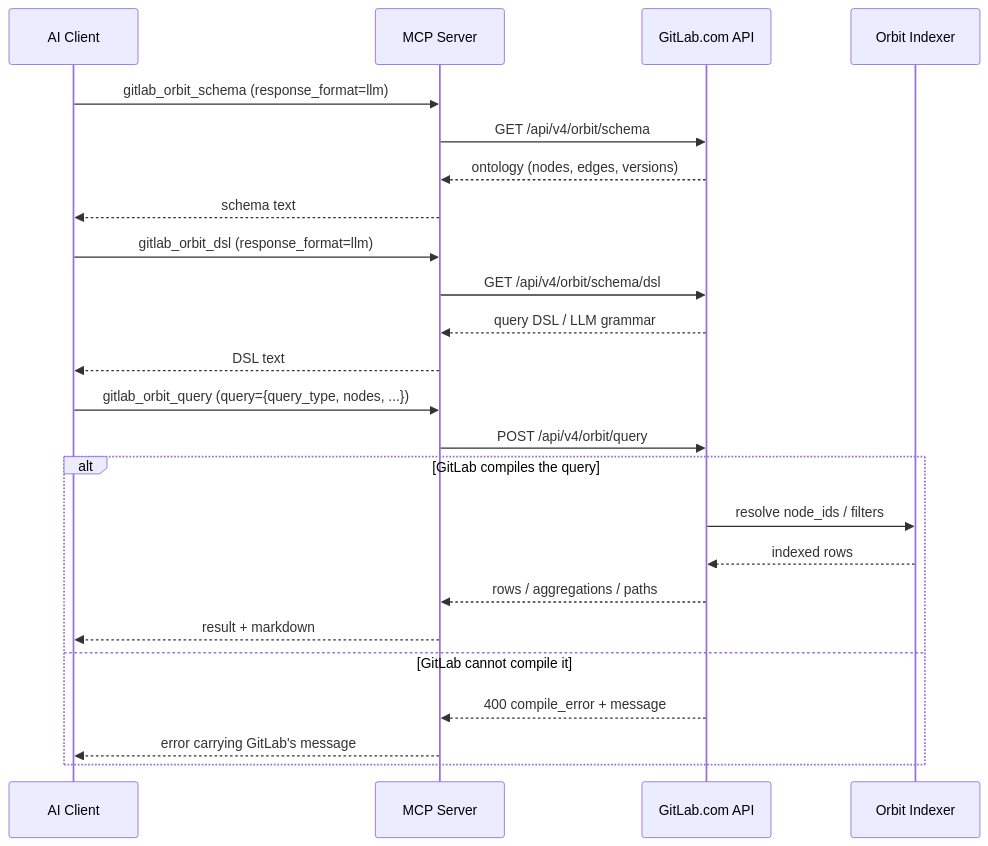
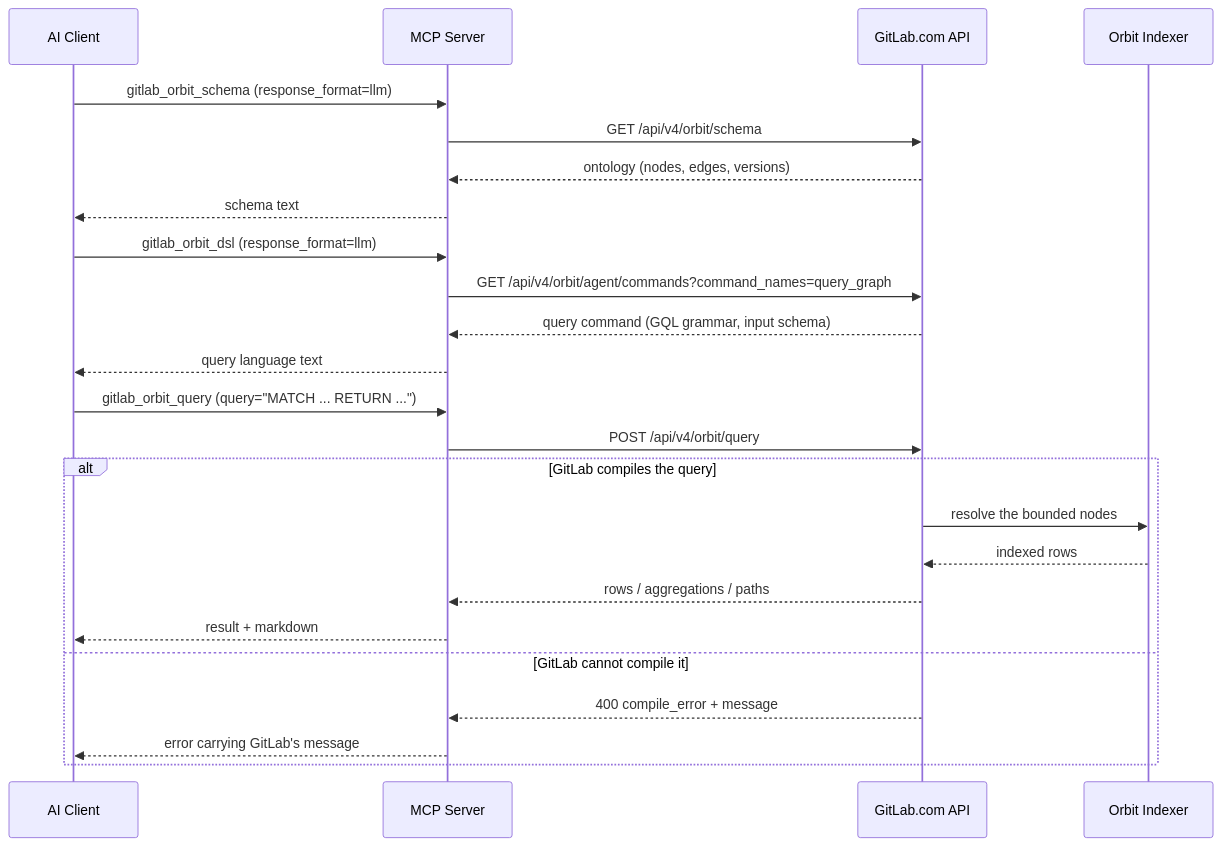
The diagram in site/src/content/docs/tools/orbit.mdx (jmrplens/gitlab-mcp-server), drawn with Mermaid before and after one commit. The commit also changed other lines of this file and 5 other files, not shown here.

First line of the commit message:
docs(orbit): teach GQL and say what a JSON query gets

````diff
--- a/site/src/content/docs/tools/orbit.mdx
+++ b/site/src/content/docs/tools/orbit.mdx
@@ -102,29 +108,29 @@
 ```mermaid
 sequenceDiagram
     participant LLM as AI Client
     participant MCP as MCP Server
     participant GL as GitLab.com API
     participant IDX as Orbit Indexer
 
     LLM->>MCP: gitlab_orbit_schema (response_format=llm)
     MCP->>GL: GET /api/v4/orbit/schema
     GL-->>MCP: ontology (nodes, edges, versions)
     MCP-->>LLM: schema text
 
     LLM->>MCP: gitlab_orbit_dsl (response_format=llm)
-    MCP->>GL: GET /api/v4/orbit/schema/dsl
-    GL-->>MCP: query DSL / LLM grammar
-    MCP-->>LLM: DSL text
+    MCP->>GL: GET /api/v4/orbit/agent/commands?command_names=query_graph
+    GL-->>MCP: query command (GQL grammar, input schema)
+    MCP-->>LLM: query language text
 
-    LLM->>MCP: gitlab_orbit_query (query={query_type, nodes, ...})
+    LLM->>MCP: gitlab_orbit_query (query="MATCH ... RETURN ...")
     MCP->>GL: POST /api/v4/orbit/query
     alt GitLab compiles the query
-        GL->>IDX: resolve node_ids / filters
+        GL->>IDX: resolve the bounded nodes
         IDX-->>GL: indexed rows
         GL-->>MCP: rows / aggregations / paths
         MCP-->>LLM: result + markdown
     else GitLab cannot compile it
         GL-->>MCP: 400 compile_error + message
         MCP-->>LLM: error carrying GitLab's message
     end
 ```
````
